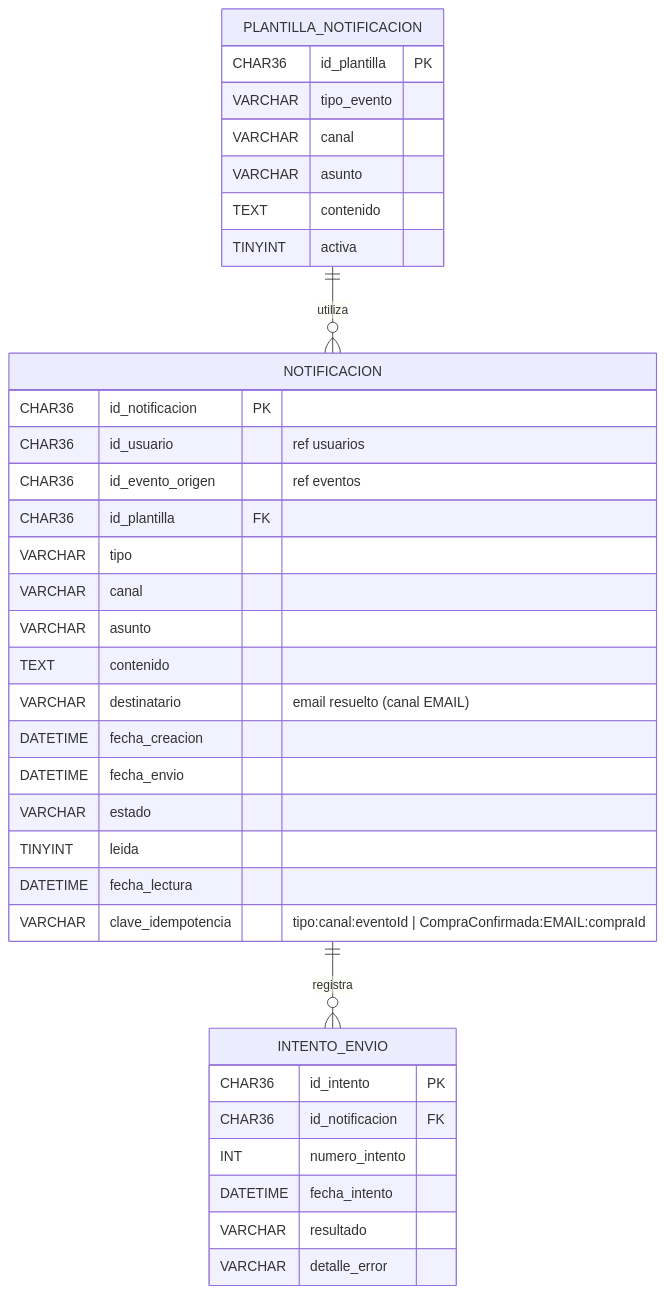
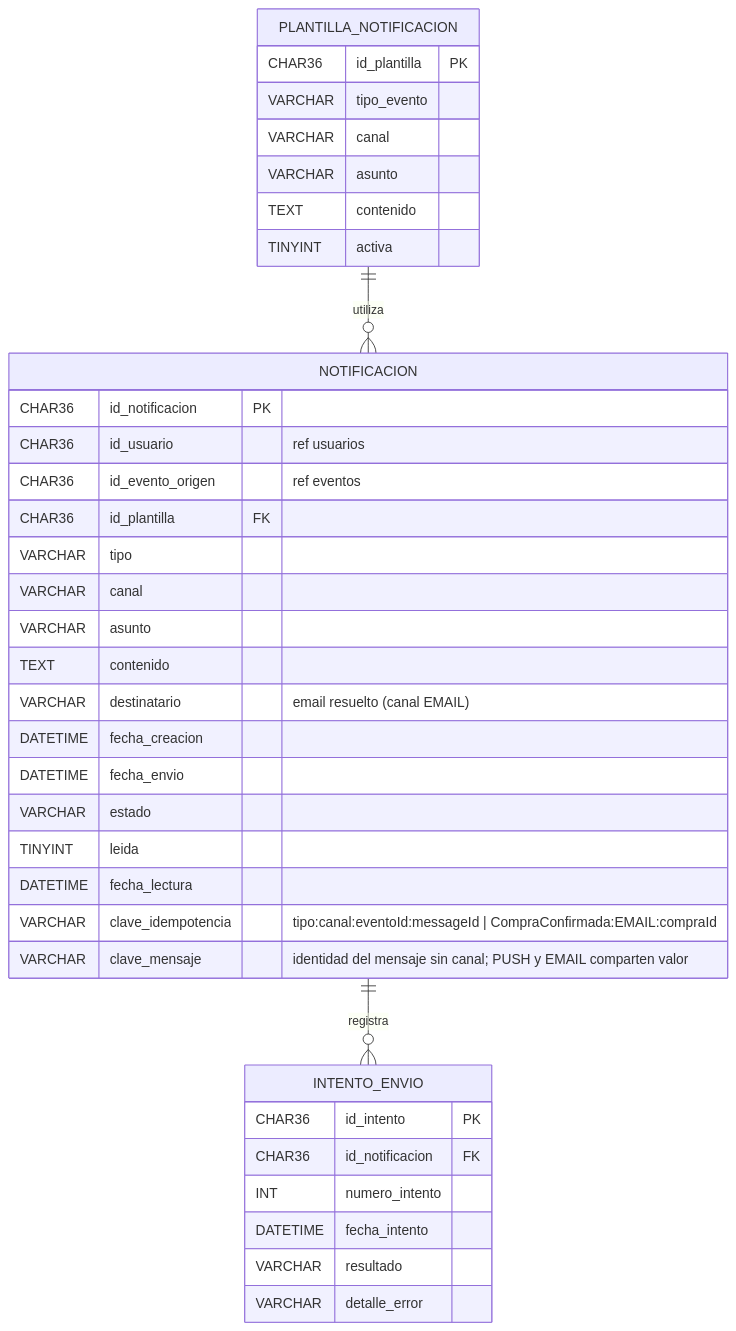
Before and after one commit to florAlar/ticketYa: the fifth of 5 diagrams in Backend/docs/modelo-datos.md, drawn with Mermaid. The commit also changed 16 other files, not shown here.

````diff
--- a/Backend/docs/modelo-datos.md
+++ b/Backend/docs/modelo-datos.md
@@ -232,39 +232,40 @@
 ```mermaid
 erDiagram
     PLANTILLA_NOTIFICACION ||--o{ NOTIFICACION : utiliza
     NOTIFICACION ||--o{ INTENTO_ENVIO : registra
 
     PLANTILLA_NOTIFICACION {
         CHAR36 id_plantilla PK
         VARCHAR tipo_evento
         VARCHAR canal
         VARCHAR asunto
         TEXT contenido
         TINYINT activa
     }
     NOTIFICACION {
         CHAR36 id_notificacion PK
         CHAR36 id_usuario "ref usuarios"
         CHAR36 id_evento_origen "ref eventos"
         CHAR36 id_plantilla FK
         VARCHAR tipo
         VARCHAR canal
         VARCHAR asunto
         TEXT contenido
         VARCHAR destinatario "email resuelto (canal EMAIL)"
         DATETIME fecha_creacion
         DATETIME fecha_envio
         VARCHAR estado
         TINYINT leida
         DATETIME fecha_lectura
-        VARCHAR clave_idempotencia "tipo:canal:eventoId | CompraConfirmada:EMAIL:compraId"
+        VARCHAR clave_idempotencia "tipo:canal:eventoId:messageId | CompraConfirmada:EMAIL:compraId"
+        VARCHAR clave_mensaje "identidad del mensaje sin canal; PUSH y EMAIL comparten valor"
     }
     INTENTO_ENVIO {
         CHAR36 id_intento PK
         CHAR36 id_notificacion FK
         INT numero_intento
         DATETIME fecha_intento
         VARCHAR resultado
         VARCHAR detalle_error
     }
 ```
````
